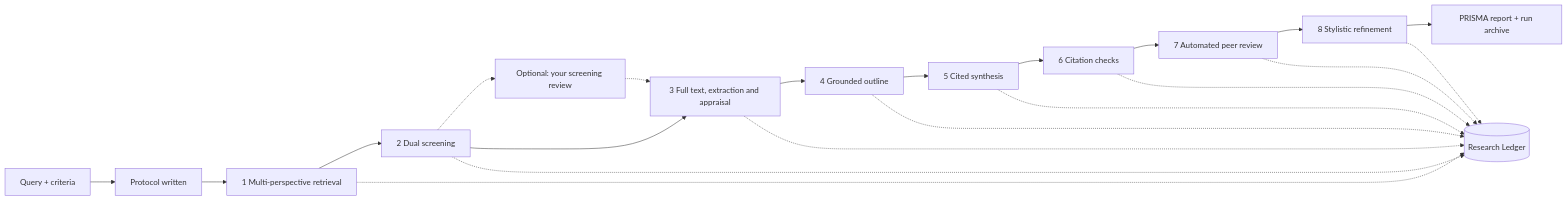
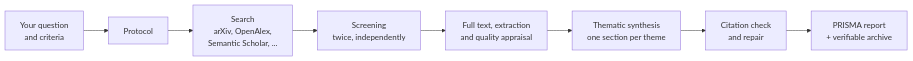
One commit to lauPhilip/au-btech-literature-review-agent changed the diagram in README.md. Above: the diagram before and after it, drawn with Mermaid. The commit also changed other lines of this file and 2 other files, not shown here.

````diff
--- a/README.md
+++ b/README.md
@@ -24,16 +19,10 @@
 ```mermaid
 flowchart LR
-    Q[Query + criteria] --> P[Protocol written]
-    P --> S1[1 Multi-perspective retrieval]
-    S1 --> S2[2 Dual screening]
-    S2 -.-> H[Optional: your screening review]
-    H -.-> S3
-    S2 --> S3[3 Full text, extraction and appraisal]
-    S3 --> S4[4 Grounded outline]
-    S4 --> S5[5 Cited synthesis]
-    S5 --> S6[6 Citation checks]
-    S6 --> S7[7 Automated peer review]
-    S7 --> S8[8 Stylistic refinement]
-    S8 --> OUT[PRISMA report + run archive]
-    S1 & S2 & S3 & S4 & S5 & S6 & S7 & S8 -.-> L[(Research Ledger)]
+    Q[Your question<br/>and criteria] --> P[Protocol]
+    P --> S[Search<br/>arXiv, OpenAlex,<br/>Semantic Scholar, ...]
+    S --> SC[Screening<br/>twice, independently]
+    SC --> E[Full text, extraction<br/>and quality appraisal]
+    E --> T[Thematic synthesis<br/>one section per theme]
+    T --> C[Citation check<br/>and repair]
+    C --> R[PRISMA report<br/>+ verifiable archive]
 ```
````
